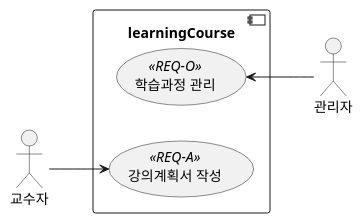
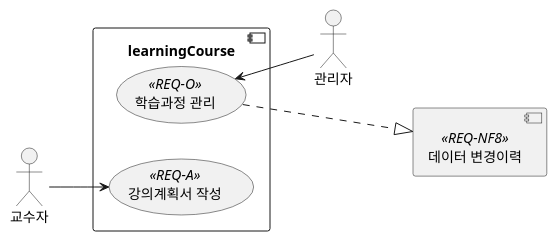
One commit to ohhoonim/lms changed the diagram in src/main/java/dev/ohhoonim/lms/domain/learningCourses/design/usecase.md. Above: the diagram before and after it, drawn with PlantUML. The commit also changed 3 other files, not shown here.

````diff
--- a/src/main/java/dev/ohhoonim/lms/domain/learningCourses/design/usecase.md
+++ b/src/main/java/dev/ohhoonim/lms/domain/learningCourses/design/usecase.md
@@ -5,15 +5,19 @@
 ```plantuml
 @startuml
 left to right direction
 :교수자: as professor
 :관리자: as manager
 
 component learningCourse {
     (강의계획서 작성) as req_a <<REQ-A>>
     (학습과정 관리) as req_o <<REQ-O>>
 
 }
+
+[데이터 변경이력] <<REQ-NF8>>
+
 professor --> req_a
 manager -up-> req_o
+req_o ...|> [데이터 변경이력]
 @enduml
 ```
````
